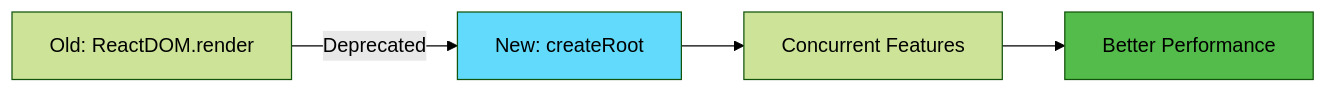
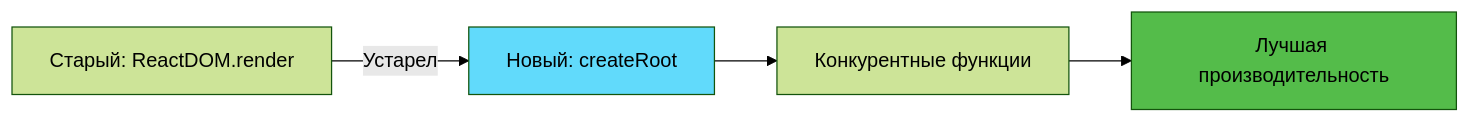
Before and after one commit to drunkody/textarea-fullscreen-extension: the third of 3 diagrams in slides/02-react-content-script.md, drawn with Mermaid (forest theme). The commit also changed other lines of this file and 22 other files, not shown here.

````diff
--- a/slides/02-react-content-script.md
+++ b/slides/02-react-content-script.md
@@ -250,9 +250,9 @@
 ```mermaid
 graph LR
-    A[Old: ReactDOM.render] -->|Deprecated| B[New: createRoot]
-    B --> C[Concurrent Features]
-    C --> D[Better Performance]
+    A[Старый: ReactDOM.render] -->|Устарел| B[Новый: createRoot]
+    B --> C[Конкурентные функции]
+    C --> D[Лучшая производительность]
     
     style B fill:#61dafb
     style D fill:#54bc4a
 ```
````
